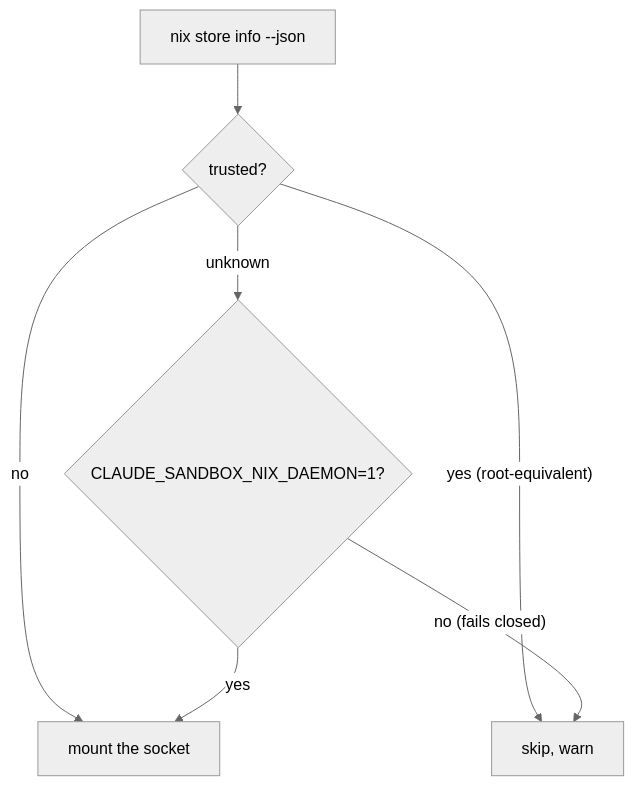
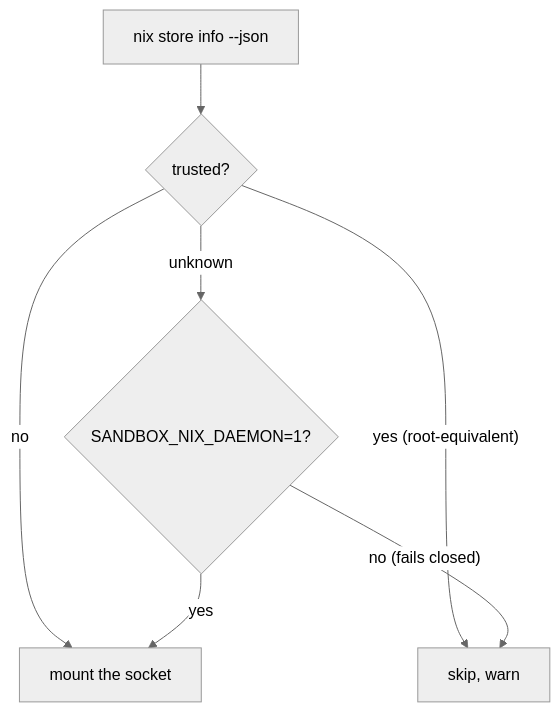
The second of 3 diagrams in docs/claude-sandbox.md (zero4573/nixos), drawn with Mermaid (neutral theme) before and after one commit. The commit also changed other lines of this file and 29 other files, not shown here.

````diff
--- a/docs/claude-sandbox.md
+++ b/docs/claude-sandbox.md
@@ -89,9 +117,9 @@
 ```mermaid
 flowchart TD
     q["nix store info --json"] --> t{"trusted?"}
     t -->|"no"| mount["mount the socket"]
     t -->|"yes (root-equivalent)"| skip["skip, warn"]
-    t -->|"unknown"| env{"CLAUDE_SANDBOX_NIX_DAEMON=1?"}
+    t -->|"unknown"| env{"SANDBOX_NIX_DAEMON=1?"}
     env -->|"yes"| mount
     env -->|"no (fails closed)"| skip
 ```
````
